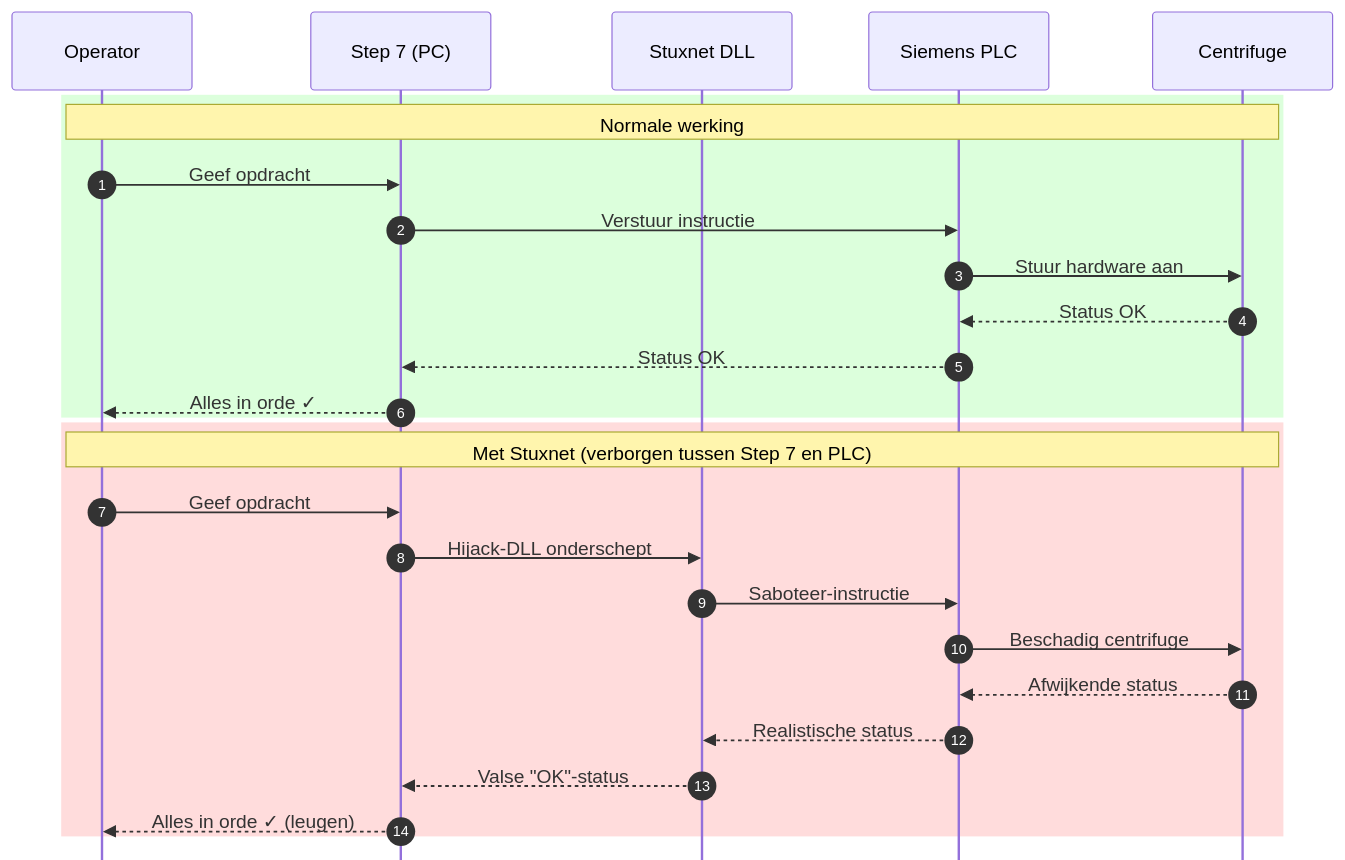
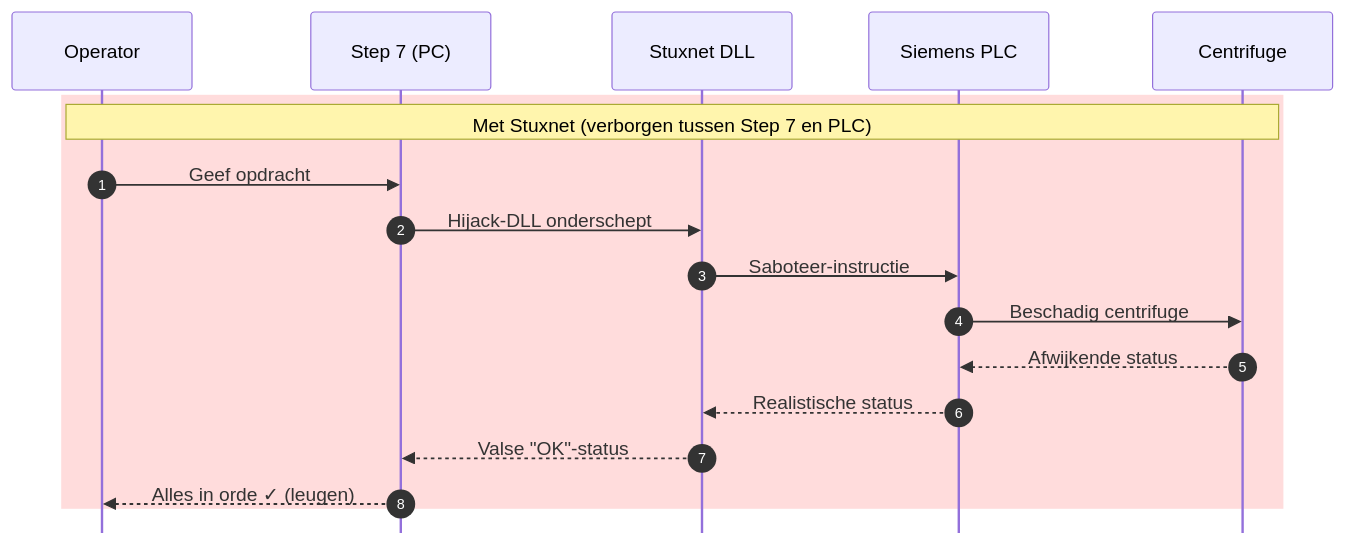
The fifth of 7 diagrams in cyberboswachters/slides/wordtheterger.qmd (timdams/cyberboswachters_boek), drawn with Mermaid before and after one commit. The commit also changed other lines of this file and 1 other file, not shown here.

````diff
--- a/cyberboswachters/slides/wordtheterger.qmd
+++ b/cyberboswachters/slides/wordtheterger.qmd
@@ -126,32 +153,23 @@
 ```{mermaid}
 %%{init: {'sequence': {'actorMargin': 60, 'messageMargin': 22, 'boxMargin': 4, 'noteMargin': 6, 'mirrorActors': false, 'actorFontSize': 13, 'noteFontSize': 12, 'messageFontSize': 12} } }%%
 sequenceDiagram
     autonumber
     participant Op as Operator
     participant S7 as Step 7 (PC)
     participant SX as Stuxnet DLL
     participant PLC as Siemens PLC
     participant HW as Centrifuge
 
-    rect rgb(220, 255, 220)
-      Note over Op,HW: Normale werking
-      Op->>S7: Geef opdracht
-      S7->>PLC: Verstuur instructie
-      PLC->>HW: Stuur hardware aan
-      HW-->>PLC: Status OK
-      PLC-->>S7: Status OK
-      S7-->>Op: Alles in orde ✓
-    end
 
     rect rgb(255, 220, 220)
       Note over Op,HW: Met Stuxnet (verborgen tussen Step 7 en PLC)
       Op->>S7: Geef opdracht
       S7->>SX: Hijack-DLL onderschept
       SX->>PLC: Saboteer-instructie
       PLC->>HW: Beschadig centrifuge
       HW-->>PLC: Afwijkende status
       PLC-->>SX: Realistische status
       SX-->>S7: Valse "OK"-status
       S7-->>Op: Alles in orde ✓ (leugen)
     end
 ```
````
